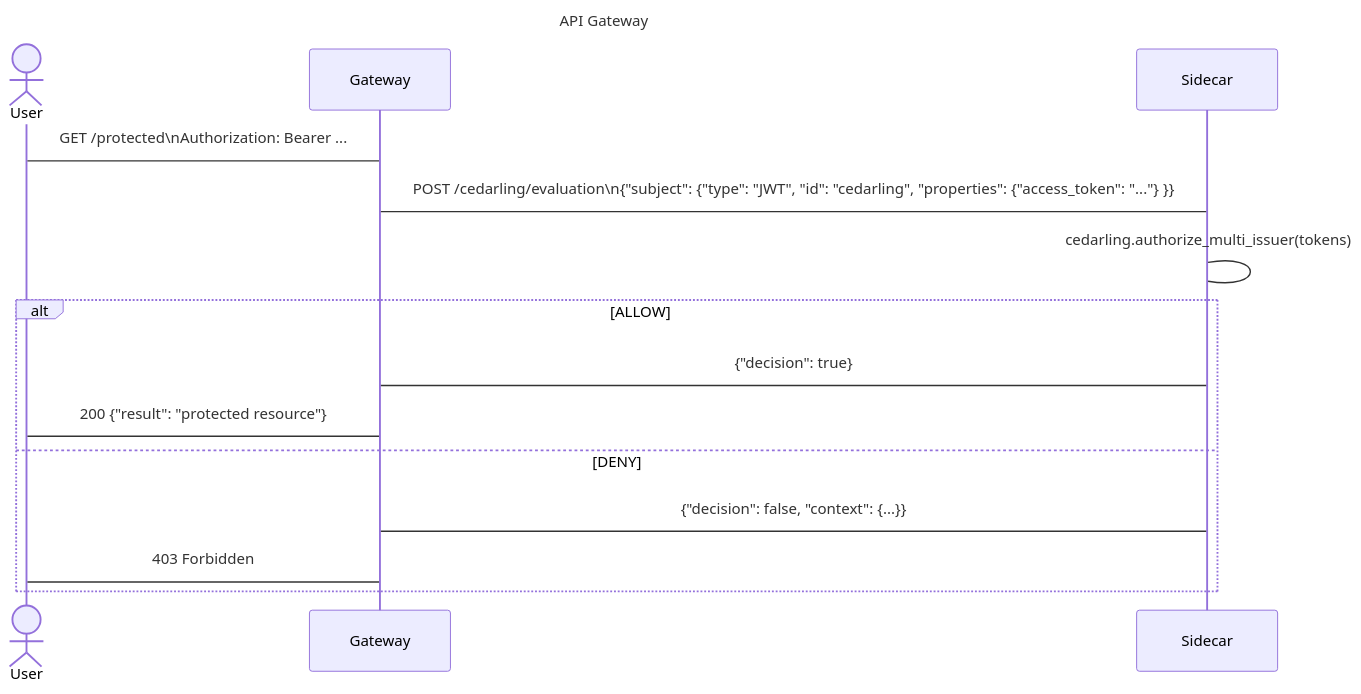
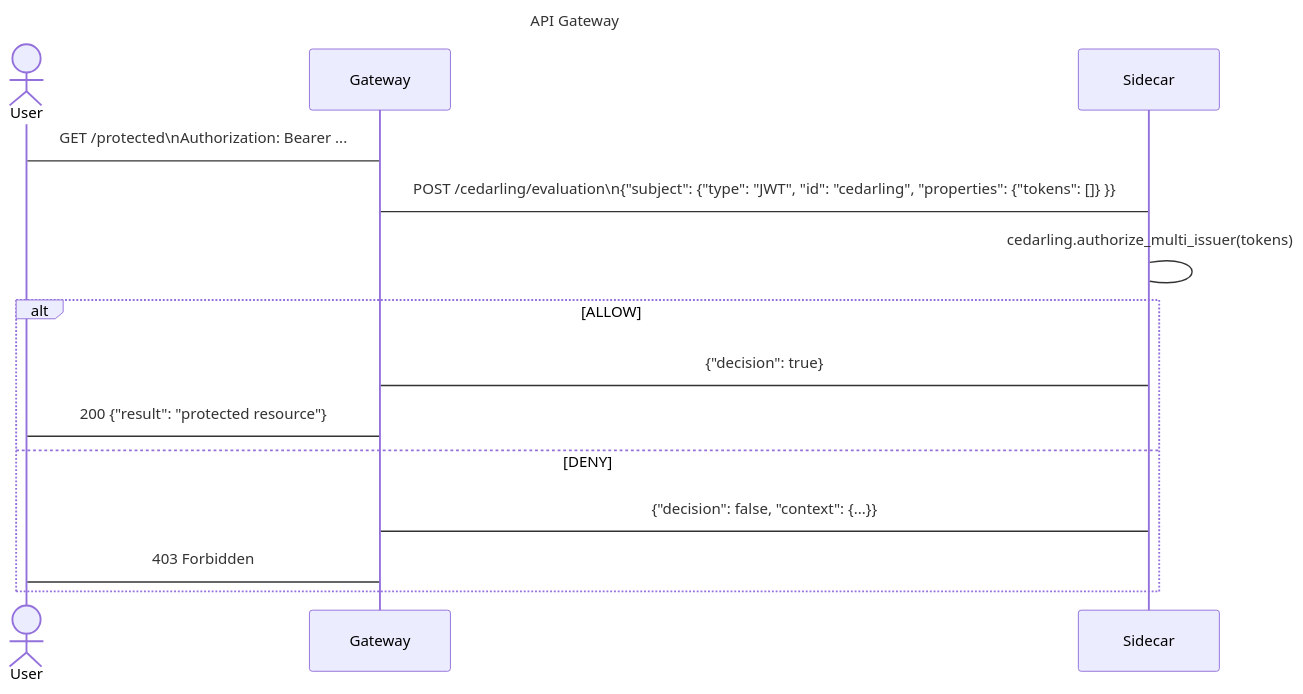
Before and after one commit to JanssenProject/jans: the diagram in docs/cedarling/developer/sidecar/cedarling-sidecar-tutorial.md, drawn with Mermaid. The commit also changed other lines of this file and 1 other file, not shown here.

Commit message:
docs(jans-cedarling): update sidecar docs

````diff
--- a/docs/cedarling/developer/sidecar/cedarling-sidecar-tutorial.md
+++ b/docs/cedarling/developer/sidecar/cedarling-sidecar-tutorial.md
@@ -20,20 +20,20 @@
 ```mermaid
 sequenceDiagram
 title API Gateway
 actor User
 participant Gateway
 participant Sidecar
 
 User->Gateway: GET /protected\nAuthorization: Bearer ...
-Gateway->Sidecar: POST /cedarling/evaluation\n{"subject": {"type": "JWT", "id": "cedarling", "properties": {"access_token": "..."} }}
+Gateway->Sidecar: POST /cedarling/evaluation\n{"subject": {"type": "JWT", "id": "cedarling", "properties": {"tokens": []} }}
 Sidecar->Sidecar: cedarling.authorize_multi_issuer(tokens)
 
 alt ALLOW
     Sidecar->Gateway: {"decision": true}
     Gateway->User: 200 {"result": "protected resource"}
 else DENY
     Sidecar->Gateway: {"decision": false, "context": {...}}
     Gateway->User: 403 Forbidden
 end
 
 ```
````
